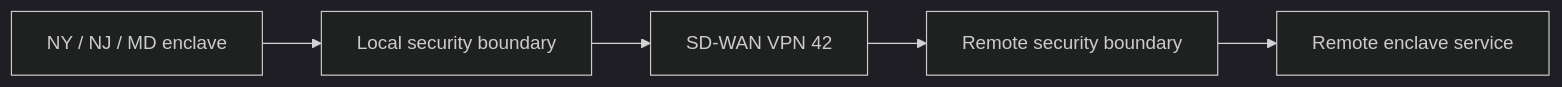
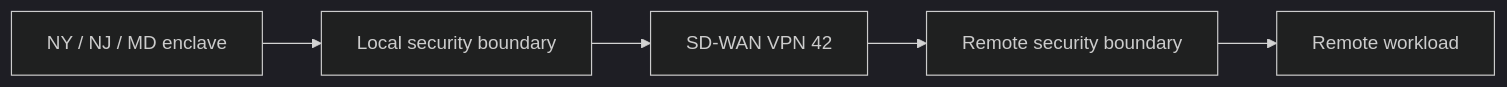
One commit to ksmoove21/unsc-dn42 changed the third of 3 diagrams in docs/data-flows.md. Above: the diagram before and after it, drawn with Mermaid (dark theme). The commit also changed other lines of this file, not shown here.

Commit message:
Update DN42 data flows for public and private addressing

````diff
--- a/docs/data-flows.md
+++ b/docs/data-flows.md
@@ -72,7 +66,7 @@
 ```mermaid
 flowchart LR
   A["NY / NJ / MD enclave"] --> F1["Local security boundary"]
   F1 --> V["SD-WAN VPN 42"]
   V --> F2["Remote security boundary"]
-  F2 --> B["Remote enclave service"]
+  F2 --> B["Remote workload"]
 ```
````
